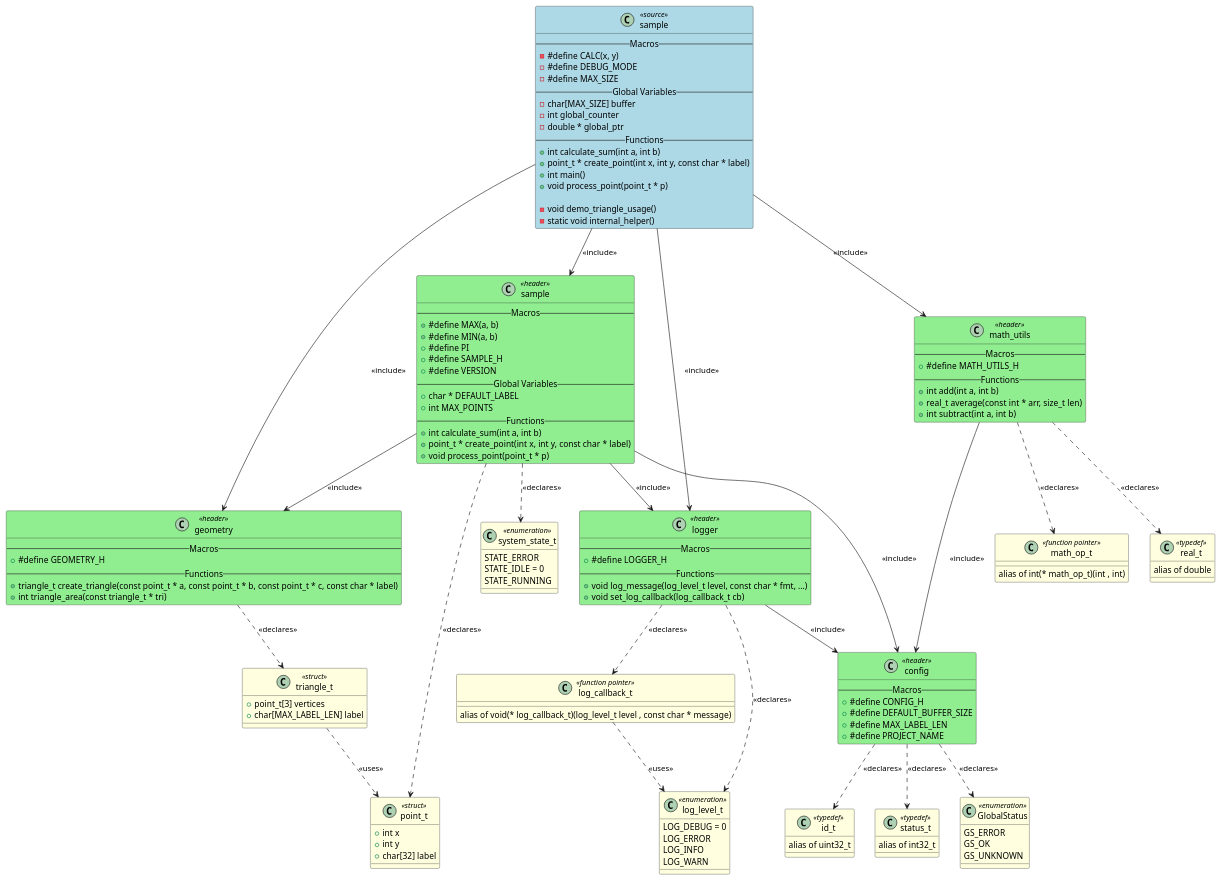
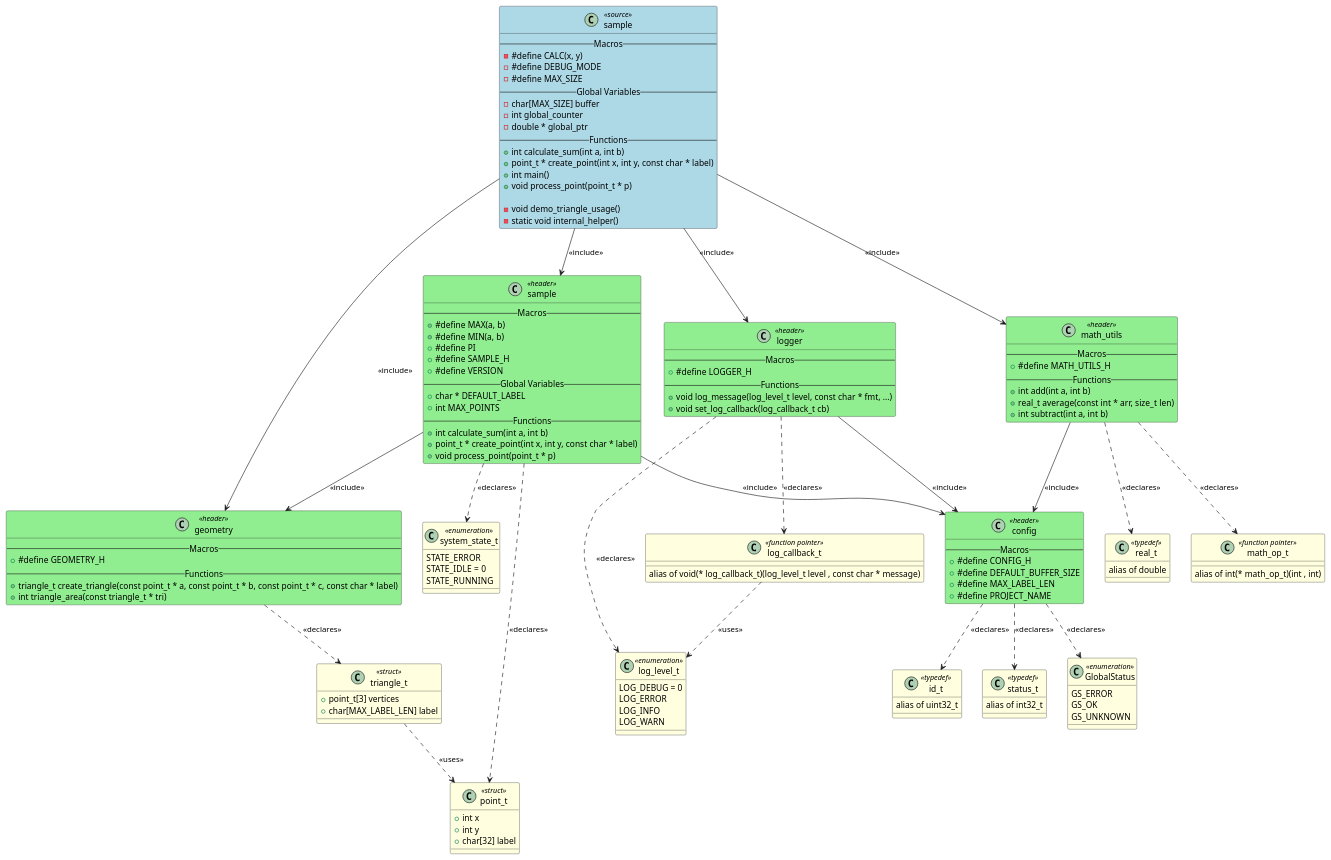
One commit to fischerjooo/c2puml changed the diagram in artifacts/output_example/sample.puml. Above: the diagram before and after it, drawn with PlantUML. The commit also changed 24 other files, not shown here.

```diff
--- a/artifacts/output_example/sample.puml
+++ b/artifacts/output_example/sample.puml
@@ -1,165 +1,164 @@
 @startuml sample
 
 class "sample" as SAMPLE <<source>> #LightBlue
 {
     -- Macros --
     - #define CALC(x, y)
     - #define DEBUG_MODE
     - #define MAX_SIZE
     -- Global Variables --
     - char[MAX_SIZE] buffer
     - int global_counter
     - double * global_ptr
     -- Functions --
     + int calculate_sum(int a, int b)
     + point_t * create_point(int x, int y, const char * label)
     + int main()
     + void process_point(point_t * p)
 
     - void demo_triangle_usage()
     - static void internal_helper()
 }
 
 class "config" as HEADER_CONFIG <<header>> #LightGreen
 {
     -- Macros --
     + #define CONFIG_H
     + #define DEFAULT_BUFFER_SIZE
     + #define MAX_LABEL_LEN
     + #define PROJECT_NAME
 }
 
 class "geometry" as HEADER_GEOMETRY <<header>> #LightGreen
 {
     -- Macros --
     + #define GEOMETRY_H
     -- Functions --
     + triangle_t create_triangle(const point_t * a, const point_t * b, const point_t * c, const char * label)
     + int triangle_area(const triangle_t * tri)
 }
 
 class "logger" as HEADER_LOGGER <<header>> #LightGreen
 {
     -- Macros --
     + #define LOGGER_H
     -- Functions --
     + void log_message(log_level_t level, const char * fmt, ...)
     + void set_log_callback(log_callback_t cb)
 }
 
 class "math_utils" as HEADER_MATH_UTILS <<header>> #LightGreen
 {
     -- Macros --
     + #define MATH_UTILS_H
     -- Functions --
     + int add(int a, int b)
     + real_t average(const int * arr, size_t len)
     + int subtract(int a, int b)
 }
 
 class "sample" as HEADER_SAMPLE <<header>> #LightGreen
 {
     -- Macros --
     + #define MAX(a, b)
     + #define MIN(a, b)
     + #define PI
     + #define SAMPLE_H
     + #define VERSION
     -- Global Variables --
     + char * DEFAULT_LABEL
     + int MAX_POINTS
     -- Functions --
     + int calculate_sum(int a, int b)
     + point_t * create_point(int x, int y, const char * label)
     + void process_point(point_t * p)
 }
 
 class "GlobalStatus" as TYPEDEF_GLOBALSTATUS <<enumeration>> #LightYellow
 {
     GS_ERROR
     GS_OK
     GS_UNKNOWN
 }
 
 class "id_t" as TYPEDEF_ID_T <<typedef>> #LightYellow
 {
     alias of uint32_t
 }
 
 class "status_t" as TYPEDEF_STATUS_T <<typedef>> #LightYellow
 {
     alias of int32_t
 }
 
 class "triangle_t" as TYPEDEF_TRIANGLE_T <<struct>> #LightYellow
 {
     + point_t[3] vertices
     + char[MAX_LABEL_LEN] label
 }
 
 class "log_level_t" as TYPEDEF_LOG_LEVEL_T <<enumeration>> #LightYellow
 {
     LOG_DEBUG = 0
     LOG_ERROR
     LOG_INFO
     LOG_WARN
 }
 
 class "log_callback_t" as TYPEDEF_LOG_CALLBACK_T <<function pointer>> #LightYellow
 {
     alias of void(* log_callback_t)(log_level_t level , const char * message)
 }
 
 class "math_op_t" as TYPEDEF_MATH_OP_T <<function pointer>> #LightYellow
 {
     alias of int(* math_op_t)(int , int)
 }
 
 class "real_t" as TYPEDEF_REAL_T <<typedef>> #LightYellow
 {
     alias of double
 }
 
 class "point_t" as TYPEDEF_POINT_T <<struct>> #LightYellow
 {
     + int x
     + int y
     + char[32] label
 }
 
 class "system_state_t" as TYPEDEF_SYSTEM_STATE_T <<enumeration>> #LightYellow
 {
     STATE_ERROR
     STATE_IDLE = 0
     STATE_RUNNING
 }
 
 
 ' Include relationships
 HEADER_LOGGER --> HEADER_CONFIG : <<include>>
 HEADER_MATH_UTILS --> HEADER_CONFIG : <<include>>
 SAMPLE --> HEADER_GEOMETRY : <<include>>
 SAMPLE --> HEADER_LOGGER : <<include>>
 SAMPLE --> HEADER_MATH_UTILS : <<include>>
 SAMPLE --> HEADER_SAMPLE : <<include>>
 HEADER_SAMPLE --> HEADER_CONFIG : <<include>>
 HEADER_SAMPLE --> HEADER_GEOMETRY : <<include>>
-HEADER_SAMPLE --> HEADER_LOGGER : <<include>>
 
 ' Declaration relationships
 HEADER_CONFIG ..> TYPEDEF_GLOBALSTATUS : <<declares>>
 HEADER_CONFIG ..> TYPEDEF_ID_T : <<declares>>
 HEADER_CONFIG ..> TYPEDEF_STATUS_T : <<declares>>
 HEADER_GEOMETRY ..> TYPEDEF_TRIANGLE_T : <<declares>>
 HEADER_LOGGER ..> TYPEDEF_LOG_LEVEL_T : <<declares>>
 HEADER_LOGGER ..> TYPEDEF_LOG_CALLBACK_T : <<declares>>
 HEADER_MATH_UTILS ..> TYPEDEF_MATH_OP_T : <<declares>>
 HEADER_MATH_UTILS ..> TYPEDEF_REAL_T : <<declares>>
 HEADER_SAMPLE ..> TYPEDEF_POINT_T : <<declares>>
 HEADER_SAMPLE ..> TYPEDEF_SYSTEM_STATE_T : <<declares>>
 
 ' Uses relationships
 TYPEDEF_TRIANGLE_T ..> TYPEDEF_POINT_T : <<uses>>
 TYPEDEF_LOG_CALLBACK_T ..> TYPEDEF_LOG_LEVEL_T : <<uses>>
 
 @enduml
```
